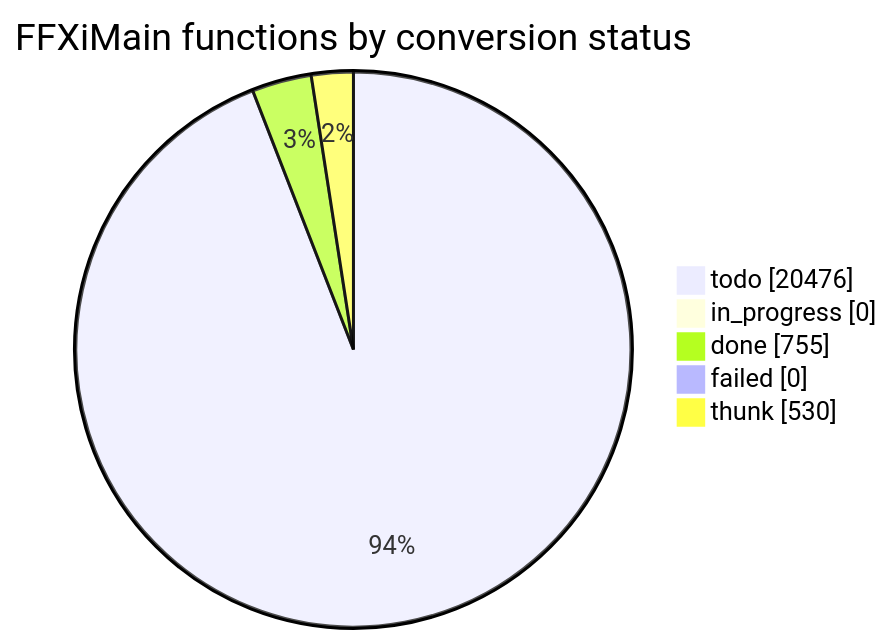
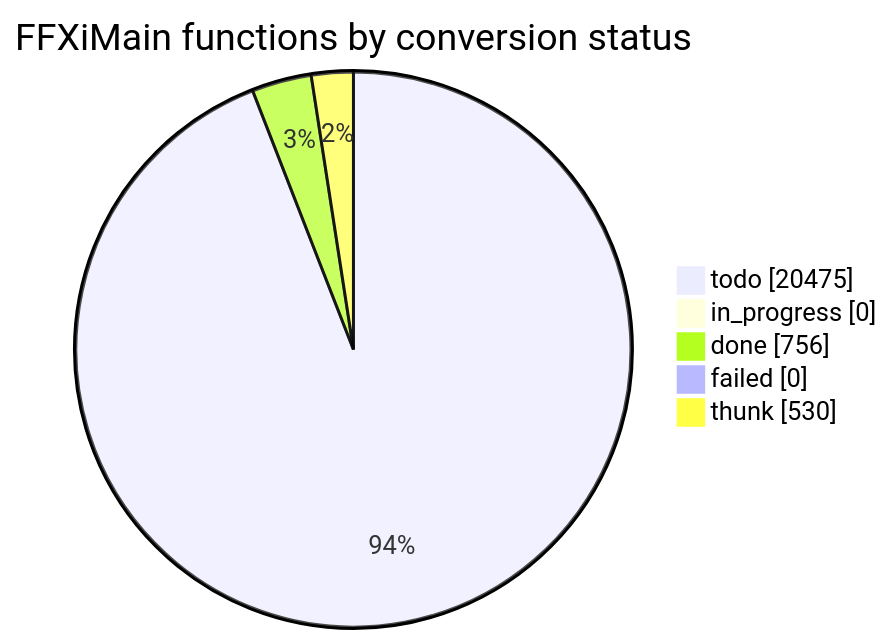
Before and after one commit to cowrevenge/cow_kuluu_xi_anything: the diagram in docs/cow/STATUS.md, drawn with Mermaid. The commit also changed other lines of this file and 9 other files, not shown here.

````diff
--- a/docs/cow/STATUS.md
+++ b/docs/cow/STATUS.md
@@ -18,9 +18,9 @@
 ```mermaid
 pie showData
     title FFXiMain functions by conversion status
-    "todo" : 20476
+    "todo" : 20475
     "in_progress" : 0
-    "done" : 755
+    "done" : 756
     "failed" : 0
     "thunk" : 530
 ```
````
